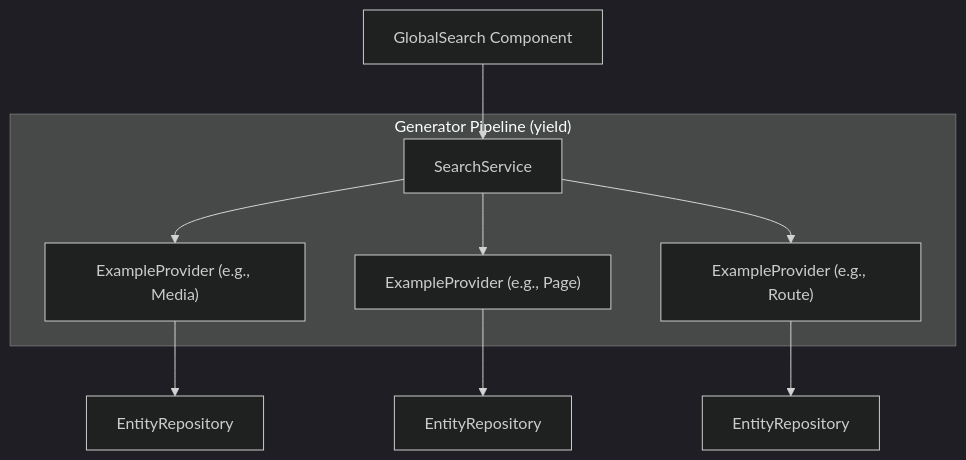
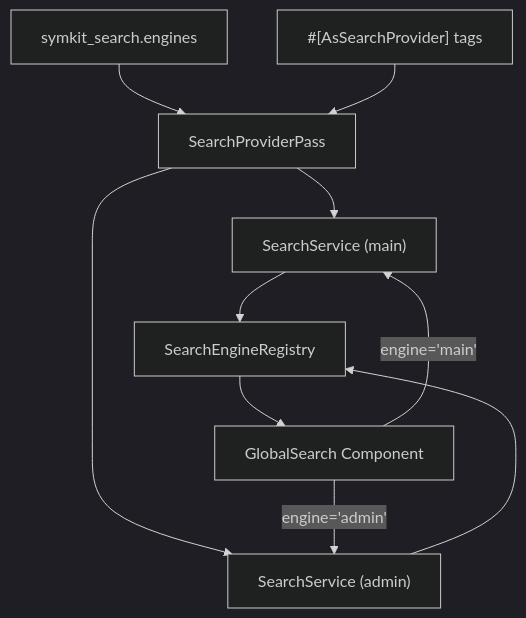
The diagram in README.md (SymKit/search-bundle), drawn with Mermaid (dark theme) before and after one commit. The commit also changed other lines of this file and 11 other files, not shown here.

First line of the commit message:
feat: multi-engine search architecture with symkit_search config alias

````diff
--- a/README.md
+++ b/README.md
@@ -146,17 +171,12 @@
 ```mermaid
 graph TD
-    UI[GlobalSearch Component] --> Service[SearchService]
-    Service --> P1["ExampleProvider (e.g., Media)"]
-    Service --> P2["ExampleProvider (e.g., Page)"]
-    Service --> P3["ExampleProvider (e.g., Route)"]
-    P1 --> R1[EntityRepository]
-    P2 --> R2[EntityRepository]
-    P3 --> R3[EntityRepository]
-    
-    subgraph "Generator Pipeline (yield)"
-    P1
-    P2
-    P3
-    Service
-    end
+    Config["symkit_search.engines"] --> Pass["SearchProviderPass"]
+    Tags["#[AsSearchProvider] tags"] --> Pass
+    Pass --> E1["SearchService (main)"]
+    Pass --> E2["SearchService (admin)"]
+    E1 --> R["SearchEngineRegistry"]
+    E2 --> R
+    R --> UI["GlobalSearch Component"]
+    UI -->|"engine='main'"| E1
+    UI -->|"engine='admin'"| E2
 ```
````
